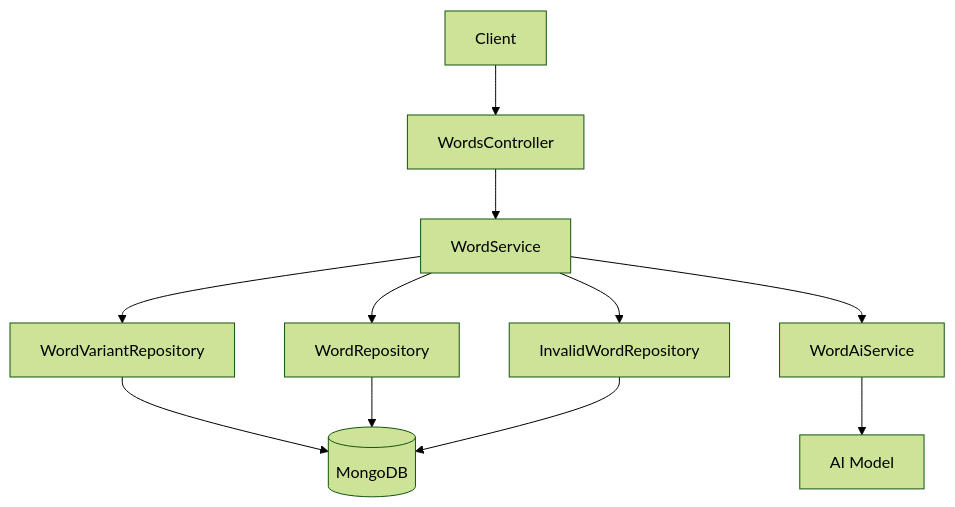
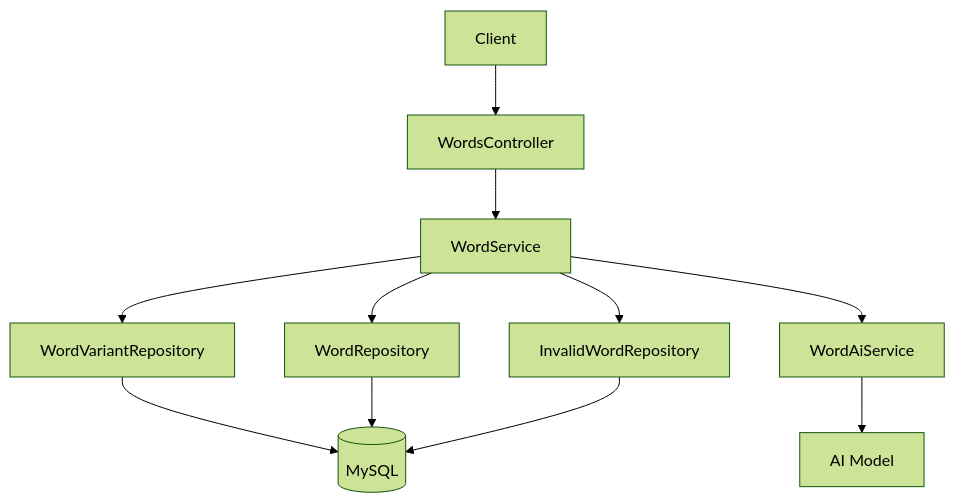
One commit to SWM16-ASAP/back-server changed the first of 2 diagrams in docs/architecture/word.md. Above: the diagram before and after it, drawn with Mermaid (forest theme). The commit also changed other lines of this file and 202 other files, not shown here.

````diff
--- a/docs/architecture/word.md
+++ b/docs/architecture/word.md
@@ -30,23 +31,23 @@
 ```mermaid
 flowchart TD
     Client[Client]
     Controller[WordsController]
     Service[WordService]
     AI[WordAiService]
     VariantRepo[WordVariantRepository]
     WordRepo[WordRepository]
     InvalidRepo[InvalidWordRepository]
-    Mongo[(MongoDB)]
+    MySQL[(MySQL)]
     Model[AI Model]
 
     Client --> Controller
     Controller --> Service
     Service --> VariantRepo
     Service --> WordRepo
     Service --> InvalidRepo
     Service --> AI
     AI --> Model
-    VariantRepo --> Mongo
-    WordRepo --> Mongo
-    InvalidRepo --> Mongo
+    VariantRepo --> MySQL
+    WordRepo --> MySQL
+    InvalidRepo --> MySQL
 ```
````
